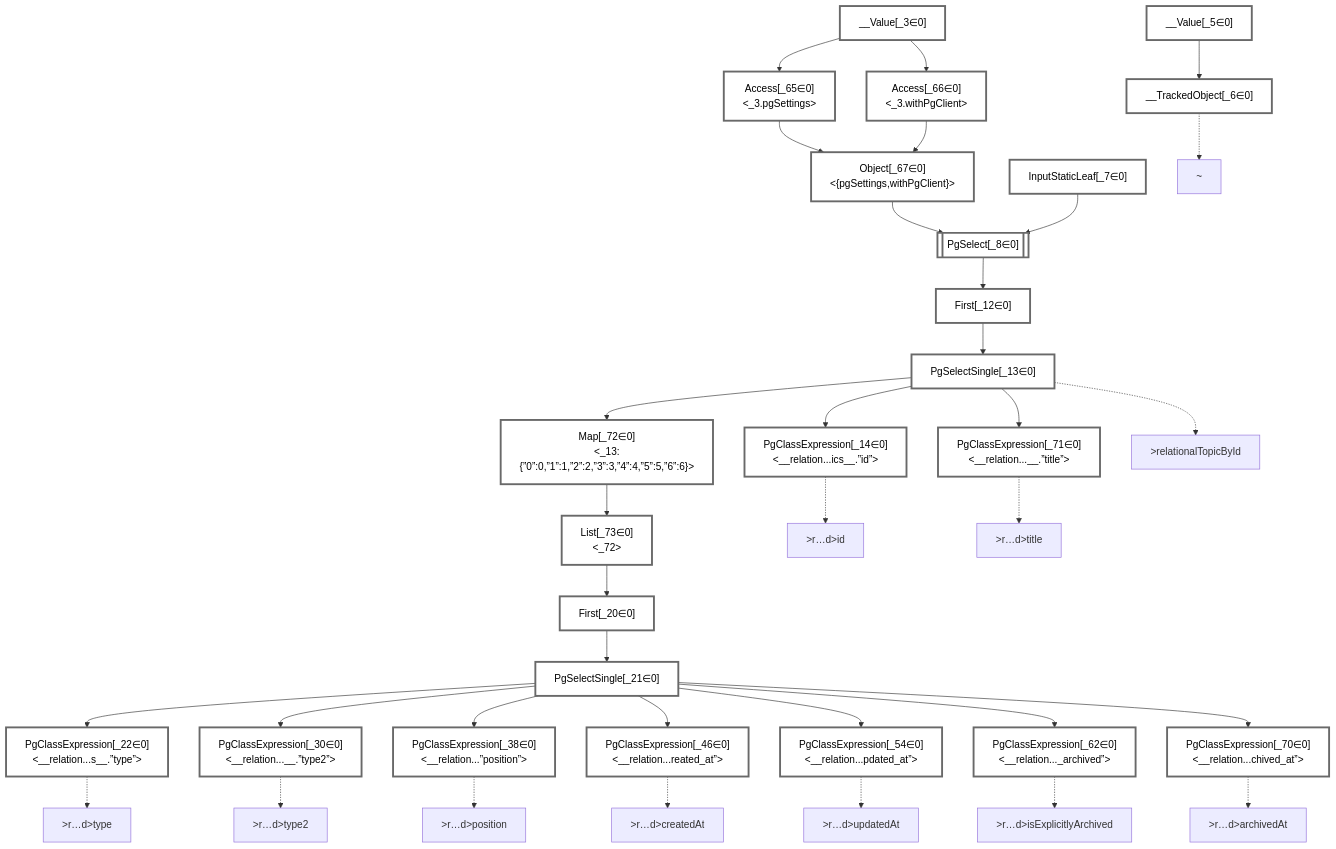
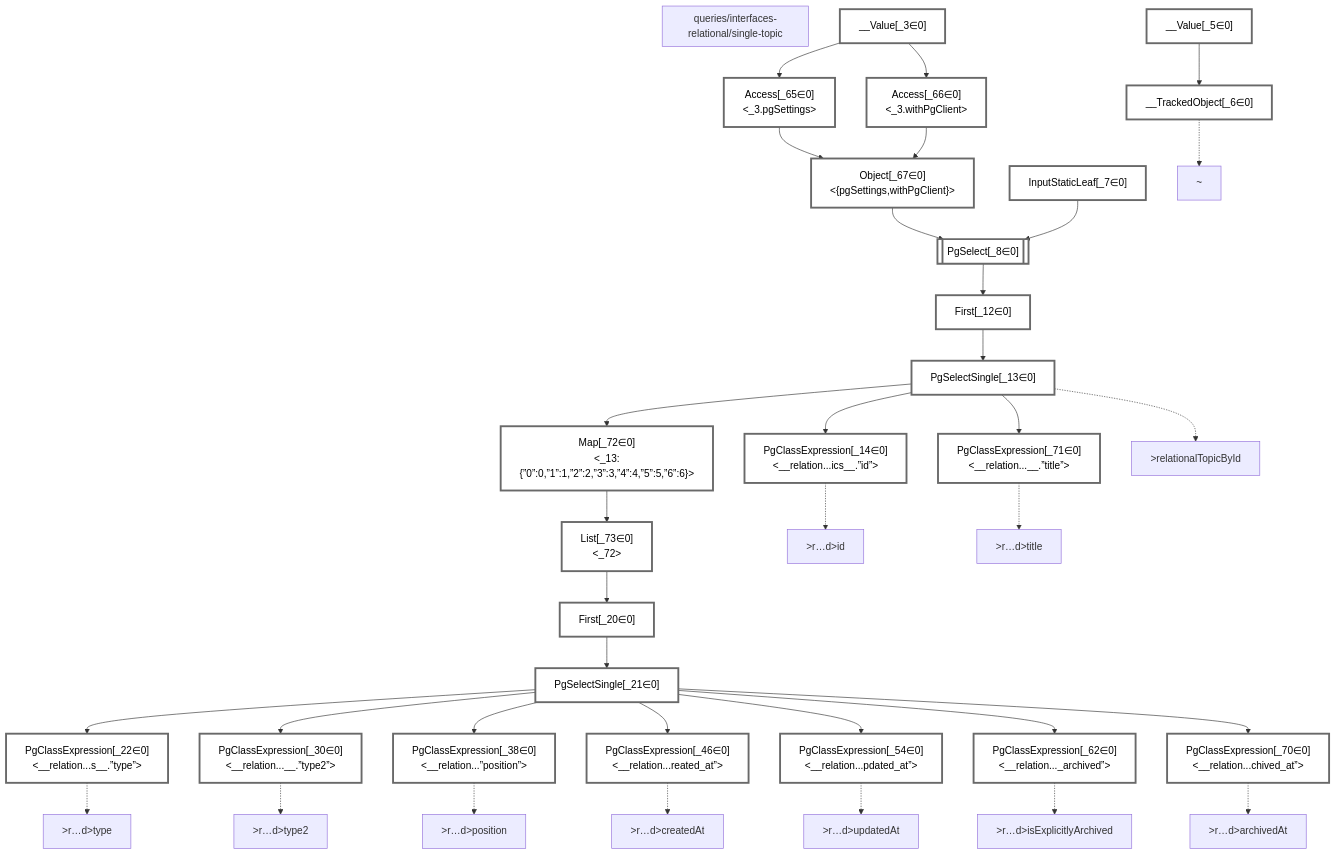
Before and after one commit to graphile/crystal: the diagram in packages/dataplan-pg/__tests__/queries/interfaces-relational/single-topic.mermaid.md, drawn with Mermaid. The commit also changed 195 other files, not shown here.

````diff
--- a/packages/dataplan-pg/__tests__/queries/interfaces-relational/single-topic.mermaid.md
+++ b/packages/dataplan-pg/__tests__/queries/interfaces-relational/single-topic.mermaid.md
@@ -1,5 +1,7 @@
 ```mermaid
 graph TD
+    subgraph "queries/interfaces-relational/single-topic"
+    end
     classDef path fill:#eee,stroke:#000,color:#000
     classDef plan fill:#fff,stroke-width:3px,color:#000
     classDef itemplan fill:#fff,stroke-width:6px,color:#000
````
